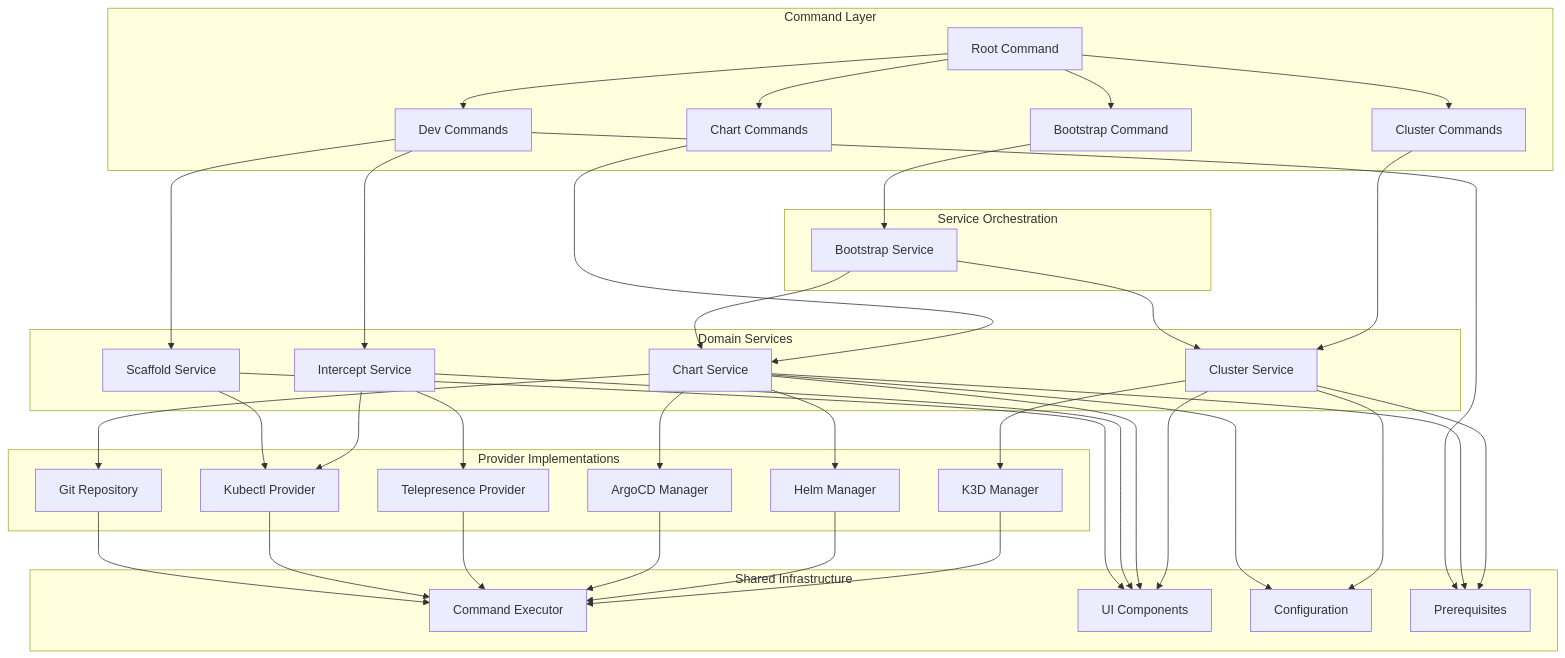
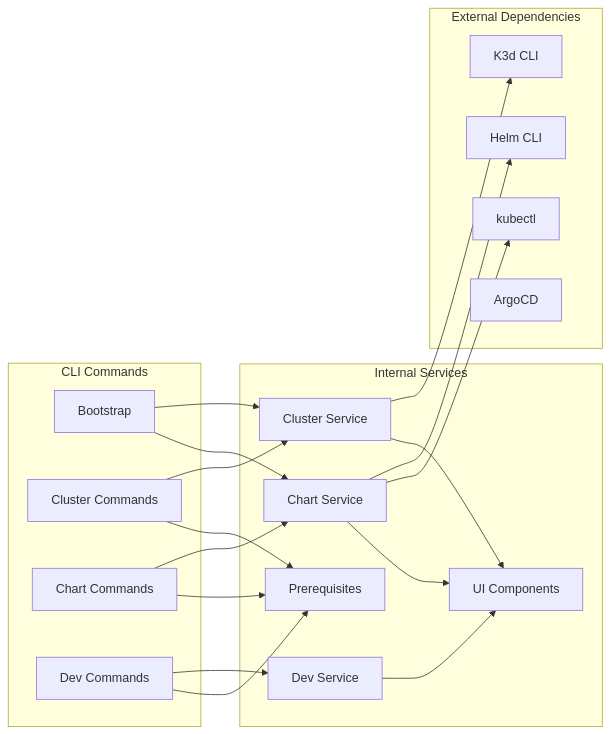
The second of 4 diagrams in docs/architecture/overview.md (flamingo-stack/openframe-cli), drawn with Mermaid before and after one commit. The commit also changed other lines of this file and 5 other files, not shown here.

Commit message:
docs: Stage 2 - Architecture analysis (5 files) [skip ci]

````diff
--- a/docs/architecture/overview.md
+++ b/docs/architecture/overview.md
@@ -90,78 +61,43 @@
 ```mermaid
-graph TD
-    subgraph "Command Layer"
-        RootCmd[Root Command]
-        BootstrapCmd[Bootstrap Command]
+graph LR
+    subgraph Commands[CLI Commands]
+        Bootstrap[Bootstrap]
         ClusterCmd[Cluster Commands]
         ChartCmd[Chart Commands]
         DevCmd[Dev Commands]
     end
     
-    subgraph "Service Orchestration"
-        BootstrapSvc[Bootstrap Service]
-    end
-    
-    subgraph "Domain Services"
+    subgraph Internal[Internal Services]
         ClusterSvc[Cluster Service]
-        ChartSvc[Chart Service] 
-        InterceptSvc[Intercept Service]
-        ScaffoldSvc[Scaffold Service]
-    end
-    
-    subgraph "Provider Implementations"
-        K3DMgr[K3D Manager]
-        HelmMgr[Helm Manager]
-        ArgoCDMgr[ArgoCD Manager]
-        TelepresenceProv[Telepresence Provider]
-        KubectlProv[Kubectl Provider]
-        GitRepo[Git Repository]
-    end
-    
-    subgraph "Shared Infrastructure"
-        Executor[Command Executor]
+        ChartSvc[Chart Service]
+        DevSvc[Dev Service]
         UI[UI Components]
-        Config[Configuration]
         Prerequisites[Prerequisites]
     end
     
-    RootCmd --> BootstrapCmd
-    RootCmd --> ClusterCmd
-    RootCmd --> ChartCmd
-    RootCmd --> DevCmd
+    subgraph External[External Dependencies]
+        K3d[K3d CLI]
+        Helm[Helm CLI]
+        kubectl[kubectl]
+        ArgoCD[ArgoCD]
+    end
     
-    BootstrapCmd --> BootstrapSvc
+    Bootstrap --> ClusterSvc
+    Bootstrap --> ChartSvc
+    
     ClusterCmd --> ClusterSvc
     ChartCmd --> ChartSvc
-    DevCmd --> InterceptSvc
-    DevCmd --> ScaffoldSvc
+    DevCmd --> DevSvc
     
-    BootstrapSvc --> ClusterSvc
-    BootstrapSvc --> ChartSvc
-    
-    ClusterSvc --> K3DMgr
-    ChartSvc --> HelmMgr
-    ChartSvc --> ArgoCDMgr
-    ChartSvc --> GitRepo
-    InterceptSvc --> TelepresenceProv
-    InterceptSvc --> KubectlProv
-    ScaffoldSvc --> KubectlProv
-    
-    K3DMgr --> Executor
-    HelmMgr --> Executor
-    ArgoCDMgr --> Executor
-    TelepresenceProv --> Executor
-    KubectlProv --> Executor
-    GitRepo --> Executor
+    ClusterSvc --> K3d
+    ChartSvc --> Helm
+    ChartSvc --> kubectl
     
     ClusterSvc --> UI
     ChartSvc --> UI
-    InterceptSvc --> UI
-    ScaffoldSvc --> UI
+    DevSvc --> UI
     
-    ClusterSvc --> Config
-    ChartSvc --> Config
-    
-    ClusterSvc --> Prerequisites
-    ChartSvc --> Prerequisites
+    ClusterCmd --> Prerequisites
+    ChartCmd --> Prerequisites
     DevCmd --> Prerequisites
 ```
````
